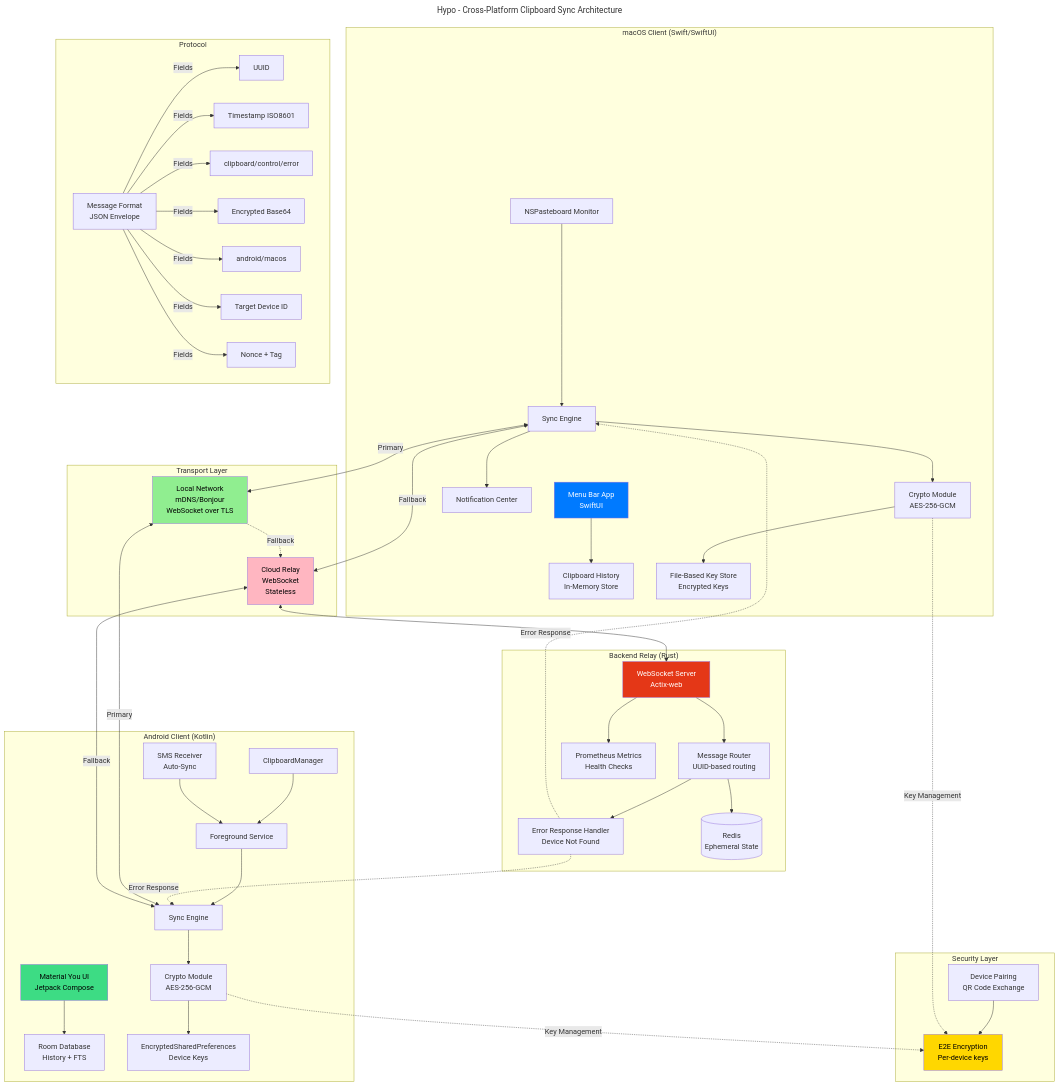
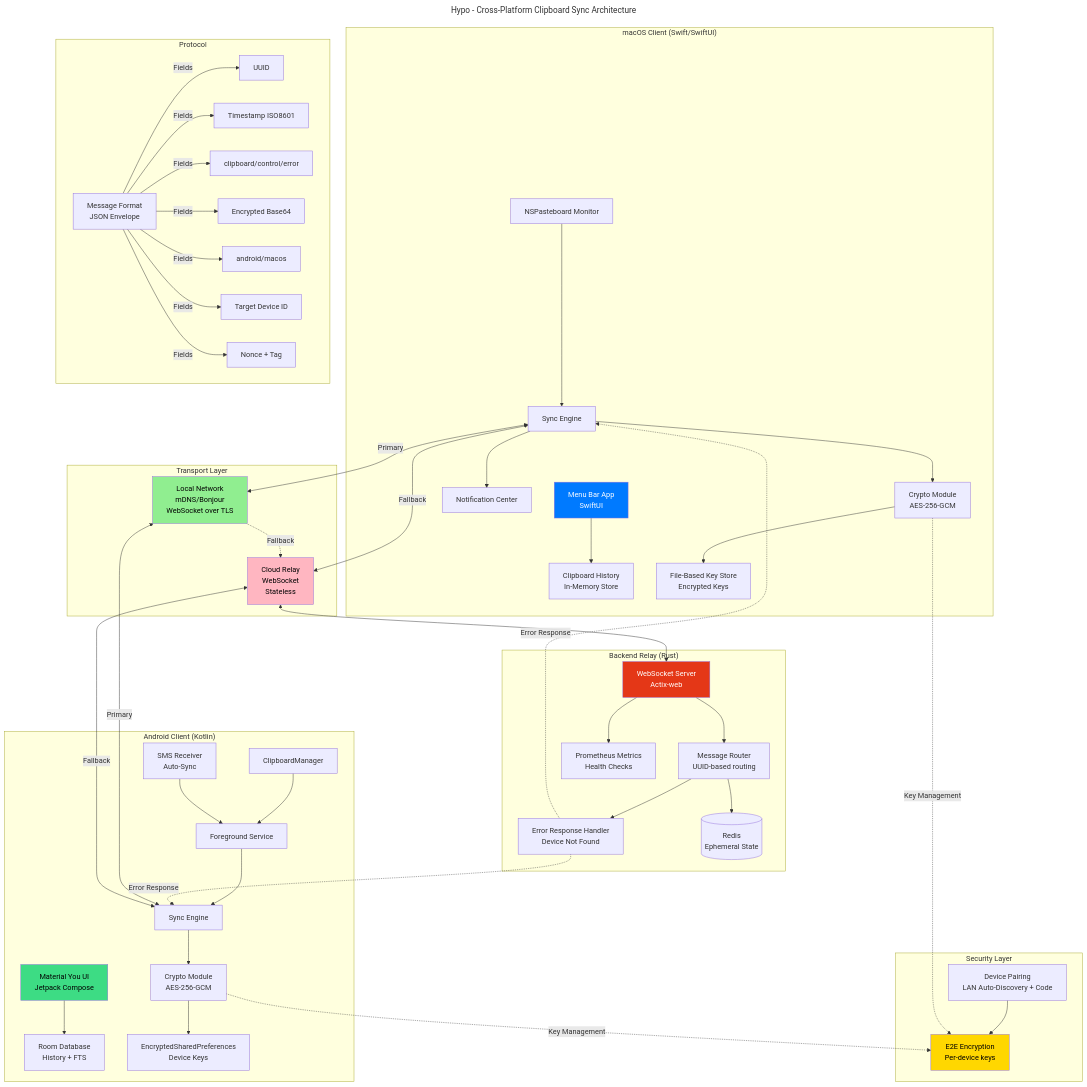
Before and after one commit to callzhang/hypo: the diagram in docs/architecture.mermaid, drawn with Mermaid. The commit also changed other lines of this file and 10 other files, not shown here.

Commit message:
docs(pairing): update LAN pairing references

```diff
--- a/docs/architecture.mermaid
+++ b/docs/architecture.mermaid
@@ -1,97 +1,97 @@
 ---
 title: "Hypo - Cross-Platform Clipboard Sync Architecture"
 ---
 
 graph TB
     subgraph "macOS Client (Swift/SwiftUI)"
         MAC_UI[Menu Bar App<br/>SwiftUI]
         MAC_CLIP[NSPasteboard Monitor]
         MAC_HIST[Clipboard History<br/>In-Memory Store]
         MAC_NOTIF[Notification Center]
         MAC_SYNC[Sync Engine]
         MAC_CRYPTO[Crypto Module<br/>AES-256-GCM]
         MAC_KEYSTORE[File-Based Key Store<br/>Encrypted Keys]
         
         MAC_UI --> MAC_HIST
         MAC_CLIP --> MAC_SYNC
         MAC_SYNC --> MAC_CRYPTO
         MAC_SYNC --> MAC_NOTIF
         MAC_CRYPTO --> MAC_KEYSTORE
     end
     
     subgraph "Android Client (Kotlin)"
         AND_UI[Material You UI<br/>Jetpack Compose]
         AND_CLIP[ClipboardManager]
         AND_SVC[Foreground Service]
         AND_HIST[Room Database<br/>History + FTS]
         AND_SYNC[Sync Engine]
         AND_CRYPTO[Crypto Module<br/>AES-256-GCM]
         AND_KEYSTORE[EncryptedSharedPreferences<br/>Device Keys]
         AND_SMS[SMS Receiver<br/>Auto-Sync]
         
         AND_UI --> AND_HIST
         AND_CLIP --> AND_SVC
         AND_SMS --> AND_SVC
         AND_SVC --> AND_SYNC
         AND_SYNC --> AND_CRYPTO
         AND_CRYPTO --> AND_KEYSTORE
     end
     
     subgraph "Transport Layer"
         LAN[Local Network<br/>mDNS/Bonjour<br/>WebSocket over TLS]
         CLOUD[Cloud Relay<br/>WebSocket<br/>Stateless]
         
         LAN -.Fallback.-> CLOUD
     end
     
     subgraph "Backend Relay (Rust)"
         WS[WebSocket Server<br/>Actix-web]
         ROUTER[Message Router<br/>UUID-based routing]
         ERROR_HANDLER[Error Response Handler<br/>Device Not Found]
         REDIS[(Redis<br/>Ephemeral State)]
         METRICS[Prometheus Metrics<br/>Health Checks]
         
         WS --> ROUTER
         ROUTER --> ERROR_HANDLER
         ROUTER --> REDIS
         WS --> METRICS
     end
     
     MAC_SYNC <-->|Primary| LAN
     MAC_SYNC <-->|Fallback| CLOUD
     AND_SYNC <-->|Primary| LAN
     AND_SYNC <-->|Fallback| CLOUD
     
     CLOUD <--> WS
     
     subgraph "Security Layer"
-        PAIR[Device Pairing<br/>QR Code Exchange]
+        PAIR[Device Pairing<br/>LAN Auto-Discovery + Code]
         E2E[E2E Encryption<br/>Per-device keys]
         
         PAIR --> E2E
     end
     
     MAC_CRYPTO -.Key Management.-> E2E
     AND_CRYPTO -.Key Management.-> E2E
     
     subgraph "Protocol"
         MSG[Message Format<br/>JSON Envelope]
         
         MSG -->|Fields| ID[UUID]
         MSG -->|Fields| TS[Timestamp ISO8601]
         MSG -->|Fields| TYPE[clipboard/control/error]
         MSG -->|Fields| PAYLOAD[Encrypted Base64]
         MSG -->|Fields| DEVICE[android/macos]
         MSG -->|Fields| TARGET[Target Device ID]
         MSG -->|Fields| ENCRYPTION[Nonce + Tag]
     end
     
     ERROR_HANDLER -.Error Response.-> AND_SYNC
     ERROR_HANDLER -.Error Response.-> MAC_SYNC
     
     style MAC_UI fill:#007AFF,color:#fff
     style AND_UI fill:#3DDC84,color:#000
     style WS fill:#E43717,color:#fff
     style E2E fill:#FFD700,color:#000
     style LAN fill:#90EE90,color:#000
     style CLOUD fill:#FFB6C1,color:#000
```
